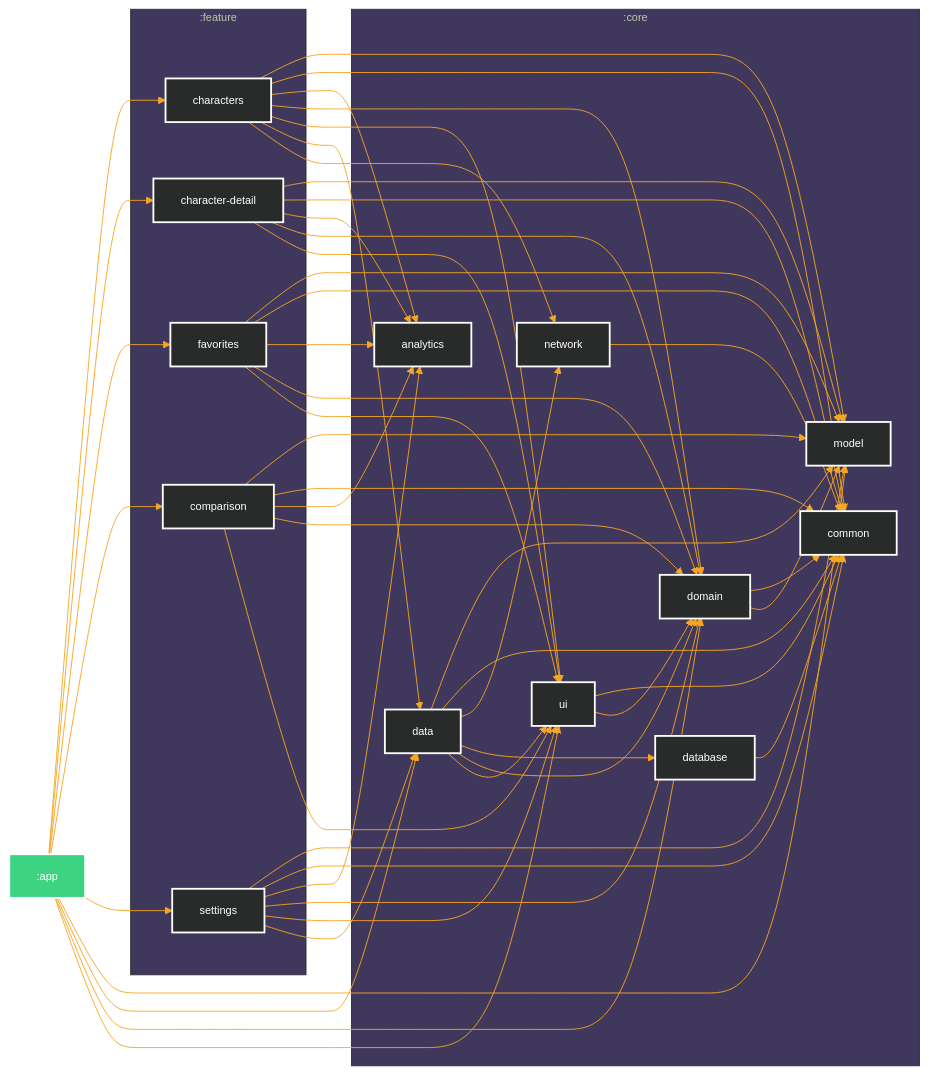
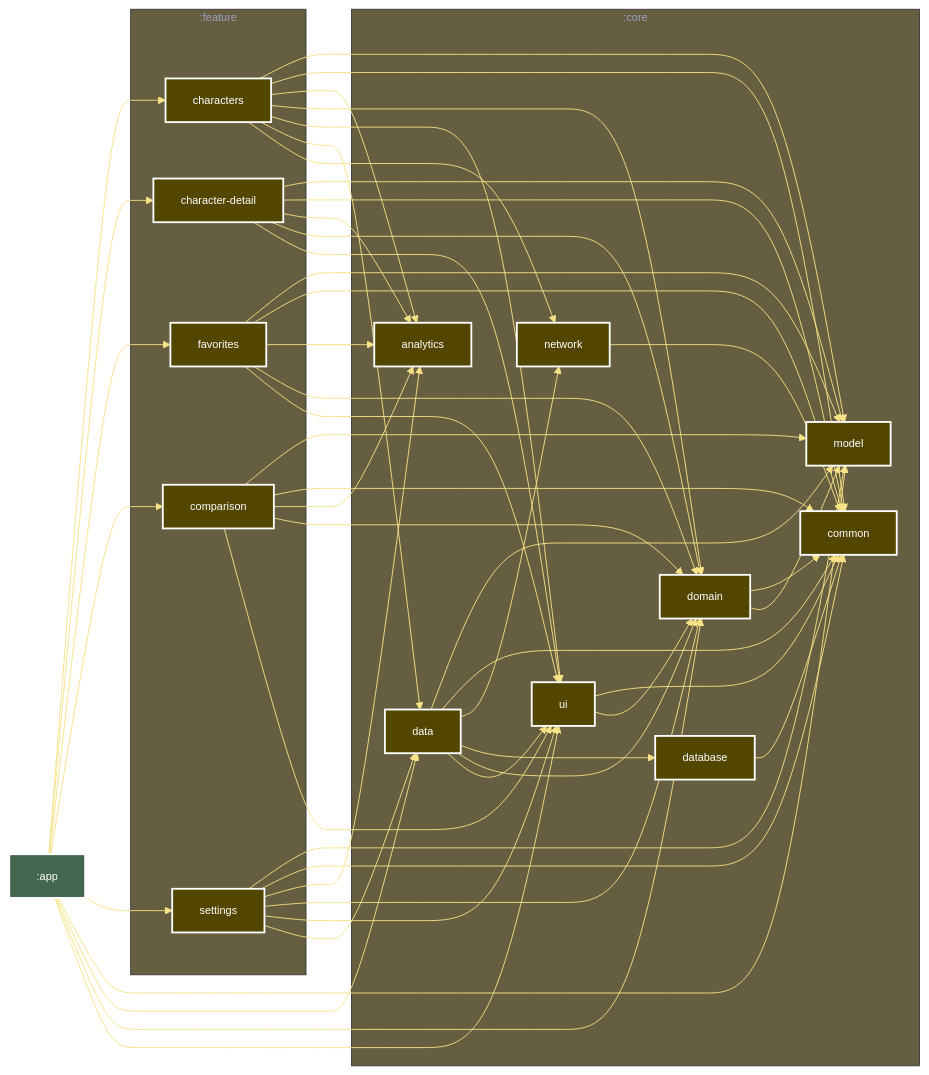
One commit to DRonayne/GameofThrones changed the diagram in README.md. Above: the diagram before and after it, drawn with Mermaid. The commit also changed other lines of this file and 1 other file, not shown here.

Commit message:
module graph colors

````diff
--- a/README.md
+++ b/README.md
@@ -124,41 +124,50 @@
 %%{
   init: {
     'theme': 'base',
-    'themeVariables': {"primaryTextColor":"#fff","primaryColor":"#5a4f7c","primaryBorderColor":"#5a4f7c","lineColor":"#f5a623","tertiaryColor":"#40375c","fontSize":"12px"}
+    'themeVariables': {"primaryTextColor":"#fff","primaryColor":"#6D5E0F","primaryBorderColor":"#DBC66E","lineColor":"#F8E287","tertiaryColor":"#665E40","fontSize":"12px"}
   }
 }%%
 
 graph LR
   subgraph :core
+    :core:domain["domain"]
+    :core:common["common"]
     :core:model["model"]
-    :core:common["common"]
     :core:analytics["analytics"]
-    :core:domain["domain"]
     :core:ui["ui"]
+    :core:data["data"]
+    :core:network["network"]
     :core:database["database"]
-    :core:network["network"]
-    :core:data["data"]
   end
   subgraph :feature
+    :feature:settings["settings"]
     :feature:comparison["comparison"]
     :feature:characters["characters"]
     :feature:character-detail["character-detail"]
     :feature:favorites["favorites"]
-    :feature:settings["settings"]
   end
-  :feature:comparison --> :core:model
-  :feature:comparison --> :core:common
-  :feature:comparison --> :core:analytics
-  :feature:comparison --> :core:domain
-  :feature:comparison --> :core:ui
-  :core:database --> :core:common
-  :core:network --> :core:common
+  :core:domain --> :core:common
+  :core:domain --> :core:model
+  :feature:settings --> :core:model
+  :feature:settings --> :core:common
+  :feature:settings --> :core:analytics
+  :feature:settings --> :core:domain
+  :feature:settings --> :core:ui
+  :feature:settings --> :core:data
   :core:data --> :core:model
   :core:data --> :core:common
   :core:data --> :core:network
   :core:data --> :core:database
   :core:data --> :core:domain
   :core:data --> :core:ui
+  :core:ui --> :core:common
+  :core:ui --> :core:domain
+  :core:database --> :core:common
+  :feature:comparison --> :core:model
+  :feature:comparison --> :core:common
+  :feature:comparison --> :core:analytics
+  :feature:comparison --> :core:domain
+  :feature:comparison --> :core:ui
   :app --> :feature:characters
   :app --> :feature:character-detail
   :app --> :feature:favorites
@@ -168,26 +177,12 @@
   :app --> :core:data
   :app --> :core:domain
   :app --> :core:ui
-  :core:domain --> :core:common
-  :core:domain --> :core:model
-  :core:ui --> :core:common
-  :core:ui --> :core:domain
-  :feature:settings --> :core:model
-  :feature:settings --> :core:common
-  :feature:settings --> :core:analytics
-  :feature:settings --> :core:domain
-  :feature:settings --> :core:ui
-  :feature:settings --> :core:data
+  :core:network --> :core:common
   :feature:favorites --> :core:model
   :feature:favorites --> :core:common
   :feature:favorites --> :core:analytics
   :feature:favorites --> :core:domain
   :feature:favorites --> :core:ui
-  :feature:character-detail --> :core:model
-  :feature:character-detail --> :core:common
-  :feature:character-detail --> :core:analytics
-  :feature:character-detail --> :core:domain
-  :feature:character-detail --> :core:ui
   :feature:characters --> :core:model
   :feature:characters --> :core:common
   :feature:characters --> :core:analytics
@@ -195,22 +190,27 @@
   :feature:characters --> :core:ui
   :feature:characters --> :core:data
   :feature:characters --> :core:network
+  :feature:character-detail --> :core:model
+  :feature:character-detail --> :core:common
+  :feature:character-detail --> :core:analytics
+  :feature:character-detail --> :core:domain
+  :feature:character-detail --> :core:ui
 
-classDef android-library fill:#292B2B,stroke:#fff,stroke-width:2px,color:#fff;
-classDef android-application fill:#3CD483,stroke:#fff,stroke-width:2px,color:#fff;
+classDef android-library fill:#534600,stroke:#fff,stroke-width:2px,color:#fff;
+classDef android-application fill:#43664E,stroke:#fff,stroke-width:2px,color:#fff;
+class :core:domain android-library
+class :core:common android-library
+class :core:model android-library
+class :feature:settings android-library
+class :core:analytics android-library
+class :core:ui android-library
+class :core:data android-library
+class :core:network android-library
+class :core:database android-library
 class :feature:comparison android-library
-class :core:model android-library
-class :core:common android-library
-class :core:analytics android-library
-class :core:domain android-library
-class :core:ui android-library
-class :core:database android-library
-class :core:network android-library
-class :core:data android-library
 class :app android-application
 class :feature:characters android-library
 class :feature:character-detail android-library
 class :feature:favorites android-library
-class :feature:settings android-library
 
 ```
````
